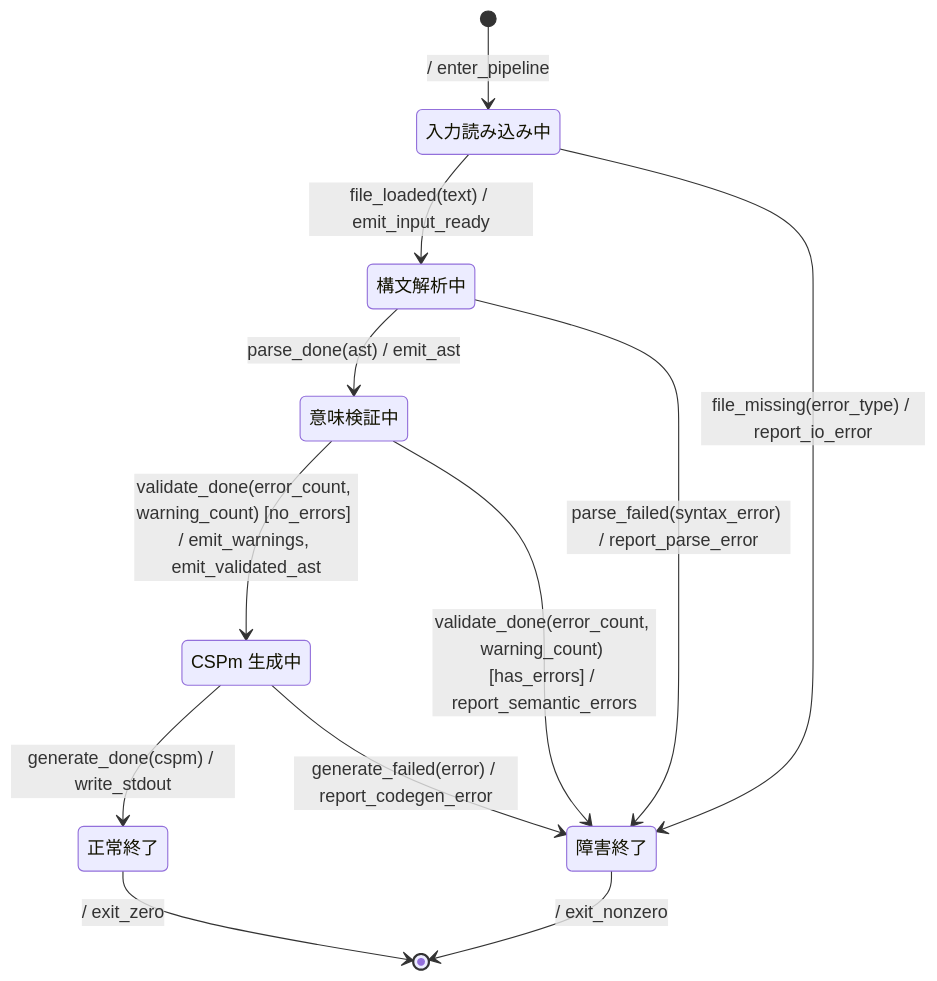
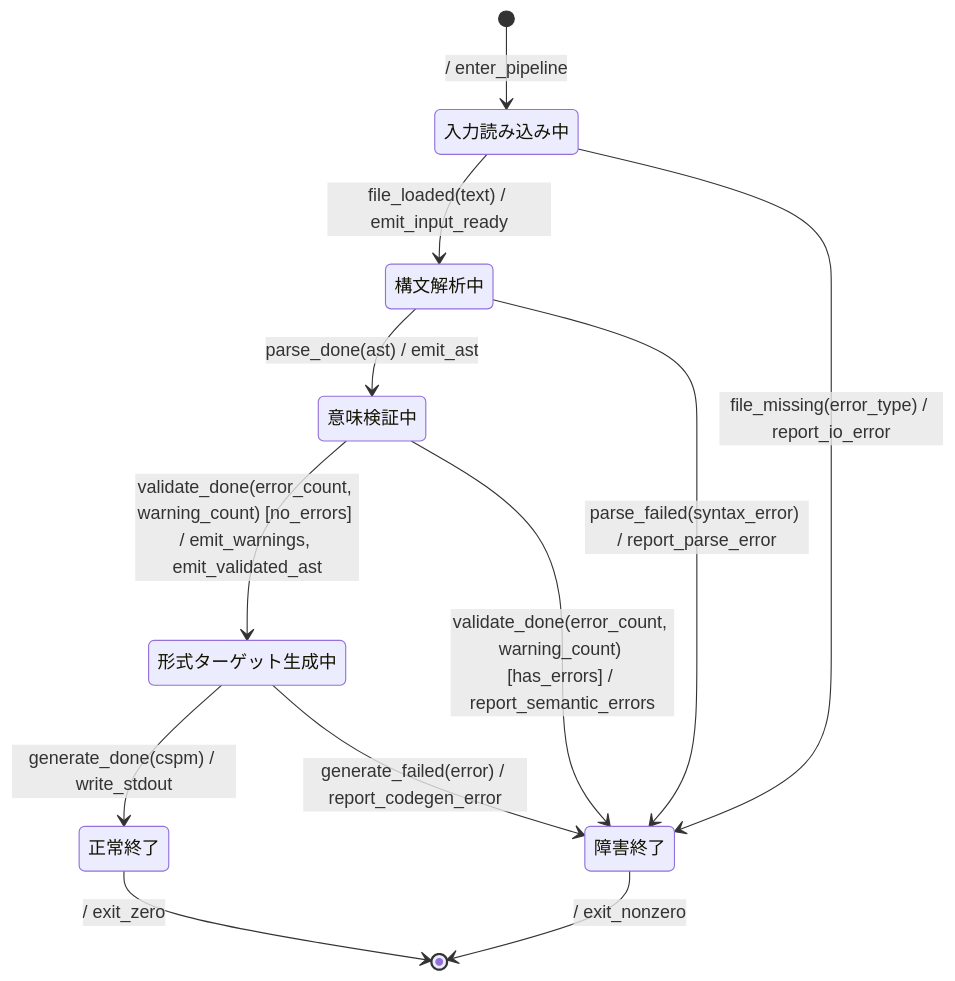
The diagram in docs/behavior.md (daikichiba9511/specforge), drawn with Mermaid before and after one commit. The commit also changed other lines of this file and 4 other files, not shown here.

````diff
--- a/docs/behavior.md
+++ b/docs/behavior.md
@@ -19,26 +21,26 @@
 ```mermaid
 stateDiagram-v2
     state "入力読み込み中" as Reading
     state "構文解析中" as Parsing
     state "意味検証中" as Validating
-    state "CSPm 生成中" as Generating
+    state "形式ターゲット生成中" as Generating
     state "正常終了" as Done
     state "障害終了" as Failed
 
     [*] --> Reading : / enter_pipeline
 
     Reading --> Parsing : file_loaded(text) / emit_input_ready
     Reading --> Failed  : file_missing(error_type) / report_io_error
 
     Parsing --> Validating : parse_done(ast) / emit_ast
     Parsing --> Failed     : parse_failed(syntax_error) / report_parse_error
 
     Validating --> Generating : validate_done(error_count, warning_count) [no_errors] / emit_warnings, emit_validated_ast
     Validating --> Failed     : validate_done(error_count, warning_count) [has_errors] / report_semantic_errors
 
     Generating --> Done   : generate_done(cspm) / write_stdout
     Generating --> Failed : generate_failed(error) / report_codegen_error
 
     Done   --> [*] : / exit_zero
     Failed --> [*] : / exit_nonzero
 ```
````
